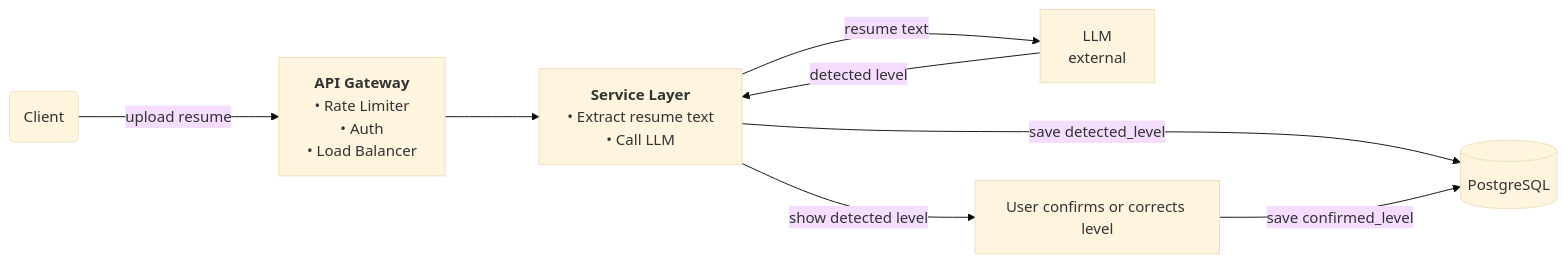
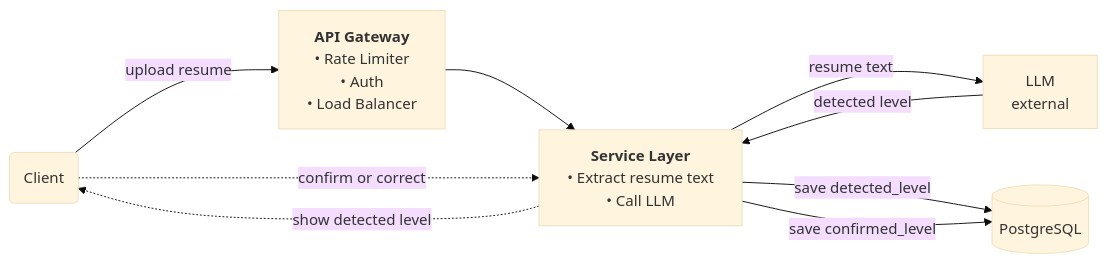
The second of 4 diagrams in SYSTEM_DESIGN.md (shivam-tamboli/GrillMyProject), drawn with Mermaid (base theme) before and after one commit.

Commit message:
fix diagram 2 — dotted arrows for confirmation flow

````diff
--- a/SYSTEM_DESIGN.md
+++ b/SYSTEM_DESIGN.md
@@ -340,18 +340,18 @@
 ```mermaid
 %%{init: {'flowchart': {'nodeSpacing': 60, 'rankSpacing': 100}}}%%
 flowchart LR
     Client(Client)
     GW["<b>API Gateway</b><br/>• Rate Limiter<br/>• Auth<br/>• Load Balancer"]
     SVC["<b>Service Layer</b><br/>• Extract resume text<br/>• Call LLM"]
     LLM["LLM<br/>external"]
-    CONF["User confirms or corrects level"]
     PG[(PostgreSQL)]
 
     Client -->|upload resume| GW
     GW --> SVC
     SVC -->|resume text| LLM
     LLM -->|detected level| SVC
     SVC -->|save detected_level| PG
-    SVC -->|show detected level| CONF
-    CONF -->|save confirmed_level| PG
+    SVC -.->|show detected level| Client
+    Client -.->|confirm or correct| SVC
+    SVC -->|save confirmed_level| PG
 ```
````
